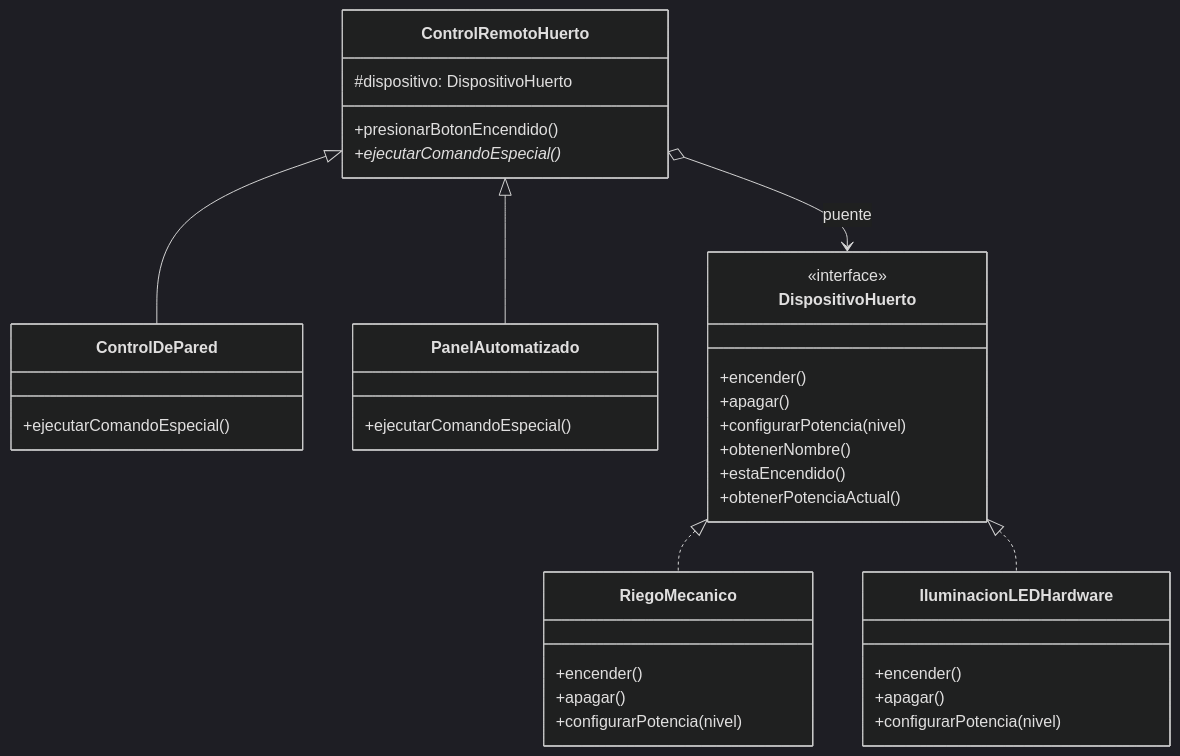
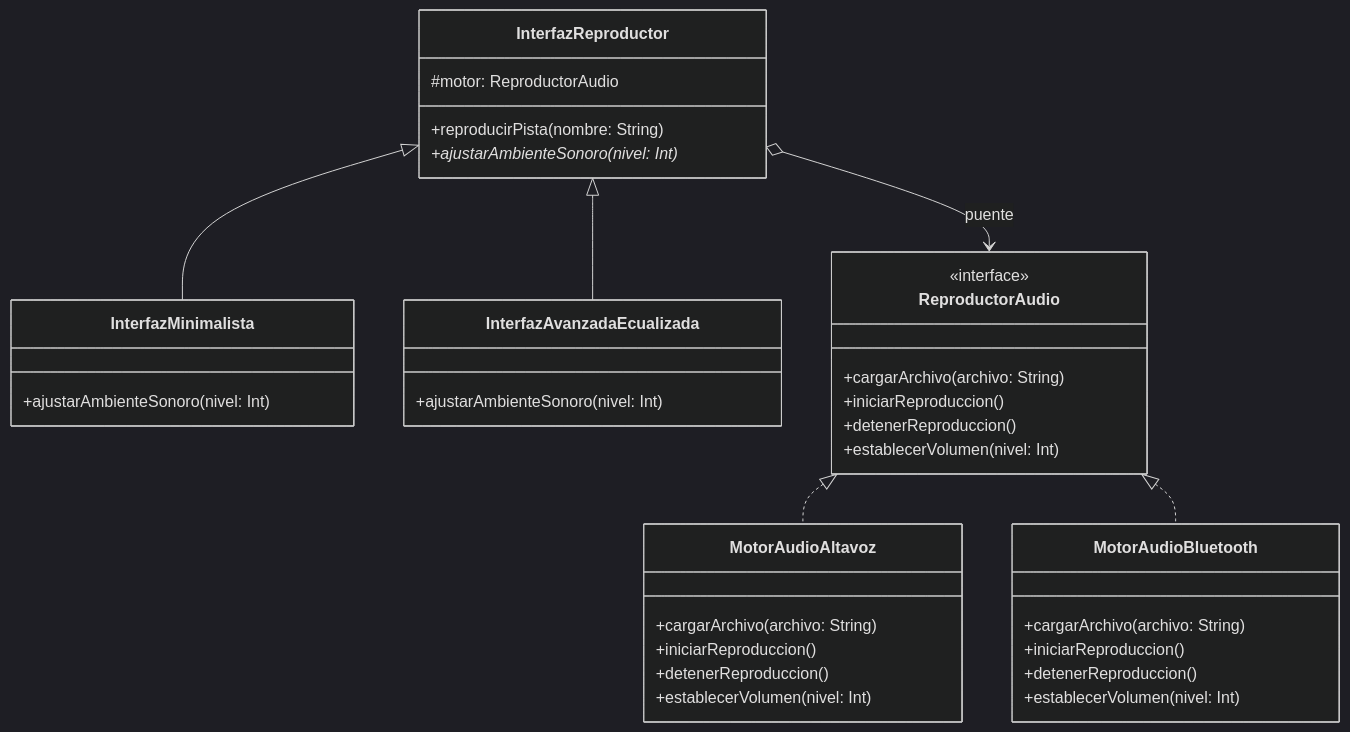
One commit to AlbertLpz9211/KMP-Student changed the diagram in src/main/kotlin/patrones/bridge/README.md. Above: the diagram before and after it, drawn with Mermaid (dark theme). The commit also changed other lines of this file and 3 other files, not shown here.

````diff
--- a/src/main/kotlin/patrones/bridge/README.md
+++ b/src/main/kotlin/patrones/bridge/README.md
@@ -10,39 +10,39 @@
 ```mermaid
 classDiagram
-    class ControlRemotoHuerto {
-        #dispositivo: DispositivoHuerto
-        +presionarBotonEncendido()
-        +ejecutarComandoEspecial()*
+    class InterfazReproductor {
+        #motor: ReproductorAudio
+        +reproducirPista(nombre: String)
+        +ajustarAmbienteSonoro(nivel: Int)*
     }
-    class ControlDePared {
-        +ejecutarComandoEspecial()
+    class InterfazMinimalista {
+        +ajustarAmbienteSonoro(nivel: Int)
     }
-    class PanelAutomatizado {
-        +ejecutarComandoEspecial()
+    class InterfazAvanzadaEcualizada {
+        +ajustarAmbienteSonoro(nivel: Int)
     }
-    class DispositivoHuerto {
+    class ReproductorAudio {
         <<interface>>
-        +encender()
-        +apagar()
-        +configurarPotencia(nivel)
-        +obtenerNombre()
-        +estaEncendido()
-        +obtenerPotenciaActual()
+        +cargarArchivo(archivo: String)
+        +iniciarReproduccion()
+        +detenerReproduccion()
+        +establecerVolumen(nivel: Int)
     }
-    class RiegoMecanico {
-        +encender()
-        +apagar()
-        +configurarPotencia(nivel)
+    class MotorAudioAltavoz {
+        +cargarArchivo(archivo: String)
+        +iniciarReproduccion()
+        +detenerReproduccion()
+        +establecerVolumen(nivel: Int)
     }
-    class IluminacionLEDHardware {
-        +encender()
-        +apagar()
-        +configurarPotencia(nivel)
+    class MotorAudioBluetooth {
+        +cargarArchivo(archivo: String)
+        +iniciarReproduccion()
+        +detenerReproduccion()
+        +establecerVolumen(nivel: Int)
     }
 
-    ControlRemotoHuerto <|-- ControlDePared
-    ControlRemotoHuerto <|-- PanelAutomatizado
-    ControlRemotoHuerto o--> DispositivoHuerto : puente
-    DispositivoHuerto <|.. RiegoMecanico
-    DispositivoHuerto <|.. IluminacionLEDHardware
+    InterfazReproductor <|-- InterfazMinimalista
+    InterfazReproductor <|-- InterfazAvanzadaEcualizada
+    InterfazReproductor o--> ReproductorAudio : puente
+    ReproductorAudio <|.. MotorAudioAltavoz
+    ReproductorAudio <|.. MotorAudioBluetooth
 ```
````
